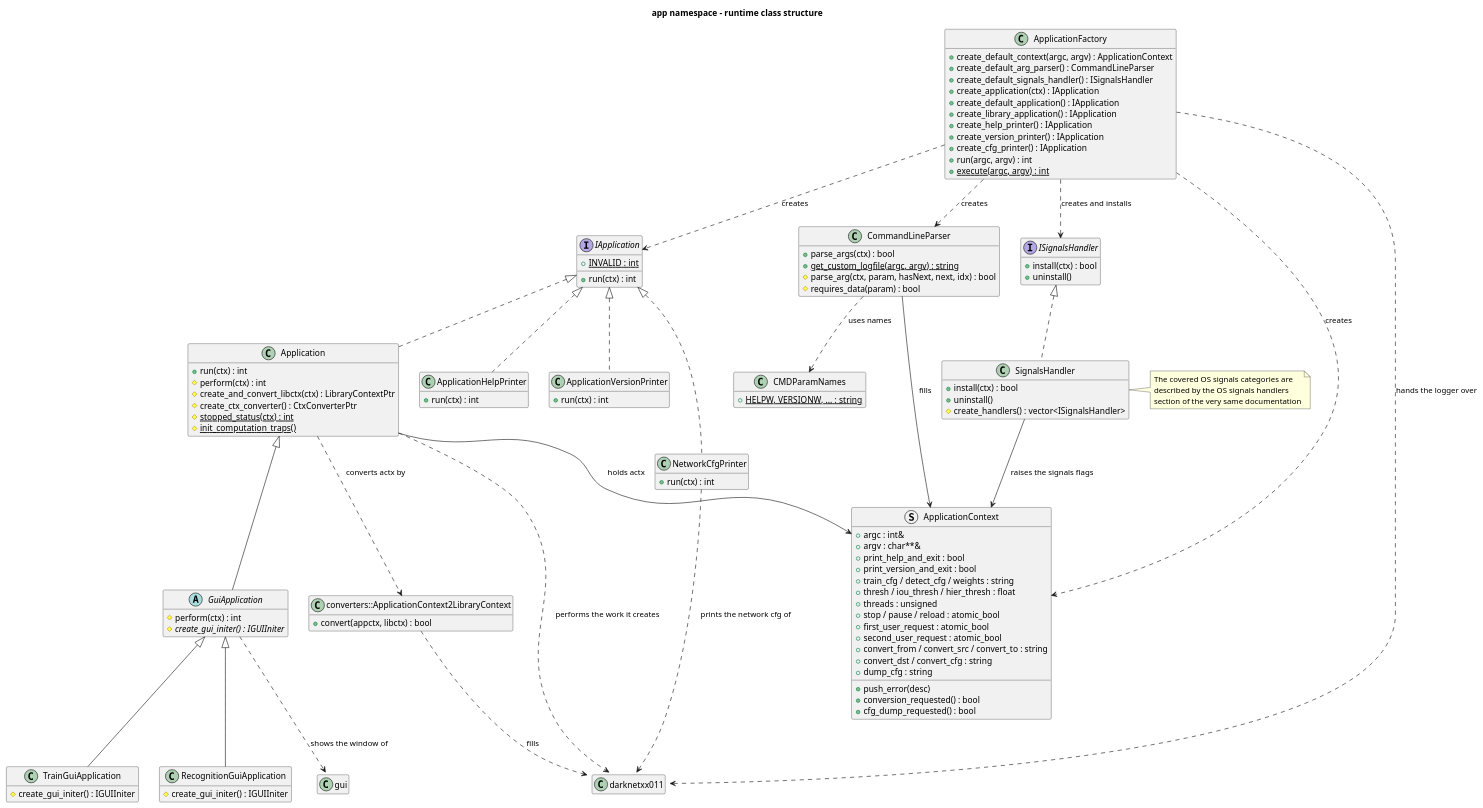
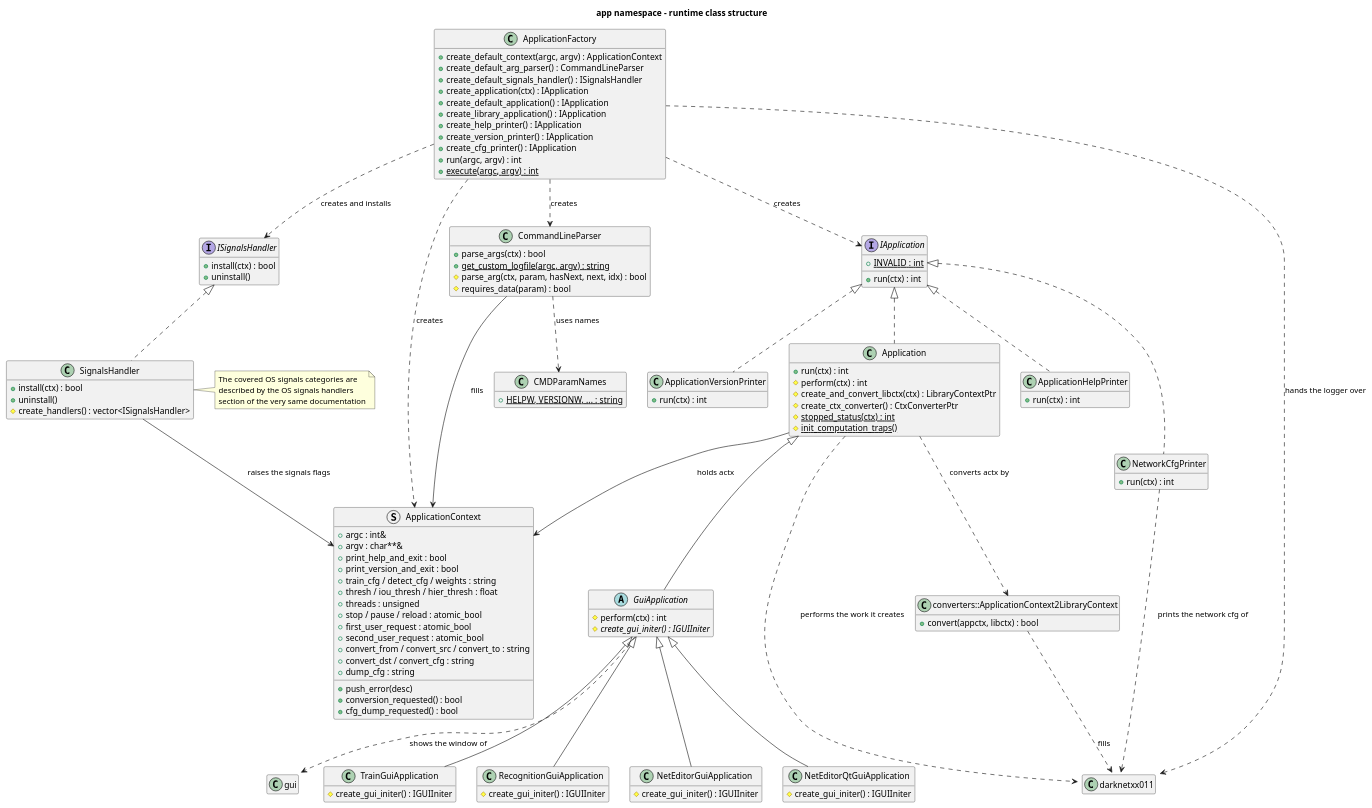
One commit to yuriysydor1991/darknetxx changed the diagram in doc/diagrams/application-runtime-classes.puml. Above: the diagram before and after it, drawn with PlantUML. The commit also changed 22 other files, not shown here.

```diff
--- a/doc/diagrams/application-runtime-classes.puml
+++ b/doc/diagrams/application-runtime-classes.puml
@@ -1,135 +1,145 @@
 @startuml application-runtime-classes
 title app namespace - runtime class structure
 
 skinparam shadowing false
 hide empty members
 
 interface IApplication {
   +run(ctx) : int
   +{static} INVALID : int
 }
 
 class Application {
   +run(ctx) : int
   #perform(ctx) : int
   #create_and_convert_libctx(ctx) : LibraryContextPtr
   #create_ctx_converter() : CtxConverterPtr
   #{static} stopped_status(ctx) : int
   #{static} init_computation_traps()
 }
 
 abstract class GuiApplication {
   #perform(ctx) : int
   #{abstract} create_gui_initer() : IGUIIniter
 }
 
 class TrainGuiApplication {
   #create_gui_initer() : IGUIIniter
 }
 
 class RecognitionGuiApplication {
+  #create_gui_initer() : IGUIIniter
+}
+
+class NetEditorGuiApplication {
+  #create_gui_initer() : IGUIIniter
+}
+
+class NetEditorQtGuiApplication {
   #create_gui_initer() : IGUIIniter
 }
 
 class "converters::ApplicationContext2LibraryContext" as ApplicationContext2LibraryContext {
   +convert(appctx, libctx) : bool
 }
 
 class ApplicationHelpPrinter {
   +run(ctx) : int
 }
 
 class ApplicationVersionPrinter {
   +run(ctx) : int
 }
 
 class NetworkCfgPrinter {
   +run(ctx) : int
 }
 
 class ApplicationFactory {
   +create_default_context(argc, argv) : ApplicationContext
   +create_default_arg_parser() : CommandLineParser
   +create_default_signals_handler() : ISignalsHandler
   +create_application(ctx) : IApplication
   +create_default_application() : IApplication
   +create_library_application() : IApplication
   +create_help_printer() : IApplication
   +create_version_printer() : IApplication
   +create_cfg_printer() : IApplication
   +run(argc, argv) : int
   +{static} execute(argc, argv) : int
 }
 
 class CommandLineParser {
   +parse_args(ctx) : bool
   +{static} get_custom_logfile(argc, argv) : string
   #parse_arg(ctx, param, hasNext, next, idx) : bool
   #requires_data(param) : bool
 }
 
 class CMDParamNames {
   +{static} HELPW, VERSIONW, ... : string
 }
 
 interface ISignalsHandler {
   +install(ctx) : bool
   +uninstall()
 }
 
 class SignalsHandler {
   +install(ctx) : bool
   +uninstall()
   #create_handlers() : vector<ISignalsHandler>
 }
 
 note right of SignalsHandler
   The covered OS signals categories are
   described by the OS signals handlers
   section of the very same documentation
 end note
 
 struct ApplicationContext {
   +argc : int&
   +argv : char**&
   +print_help_and_exit : bool
   +print_version_and_exit : bool
   +train_cfg / detect_cfg / weights : string
   +thresh / iou_thresh / hier_thresh : float
   +threads : unsigned
   +stop / pause / reload : atomic_bool
   +first_user_request : atomic_bool
   +second_user_request : atomic_bool
   +convert_from / convert_src / convert_to : string
   +convert_dst / convert_cfg : string
   +dump_cfg : string
   +push_error(desc)
   +conversion_requested() : bool
   +cfg_dump_requested() : bool
 }
 
 IApplication <|.. Application
 IApplication <|.. ApplicationHelpPrinter
 IApplication <|.. ApplicationVersionPrinter
 IApplication <|.. NetworkCfgPrinter
 Application <|-- GuiApplication
 GuiApplication <|-- TrainGuiApplication
 GuiApplication <|-- RecognitionGuiApplication
+GuiApplication <|-- NetEditorGuiApplication
+GuiApplication <|-- NetEditorQtGuiApplication
 ISignalsHandler <|.. SignalsHandler
 
 ApplicationFactory ..> IApplication : creates
 ApplicationFactory ..> CommandLineParser : creates
 ApplicationFactory ..> ApplicationContext : creates
 ApplicationFactory ..> ISignalsHandler : creates and installs
 CommandLineParser ..> CMDParamNames : uses names
 CommandLineParser --> ApplicationContext : fills
 Application --> ApplicationContext : holds actx
 SignalsHandler --> ApplicationContext : raises the signals flags
 Application ..> ApplicationContext2LibraryContext : converts actx by
 ApplicationContext2LibraryContext ..> "darknetxx011::LibraryContext" : fills
 Application ..> "darknetxx011::LibraryFacade" : performs the work it creates
 GuiApplication ..> "gui::IGUIIniter" : shows the window of
 ApplicationFactory ..> "darknetxx011::LibraryFacade" : hands the logger over
 NetworkCfgPrinter ..> "darknetxx011::LibraryFacade" : prints the network cfg of
 
 @enduml
```
